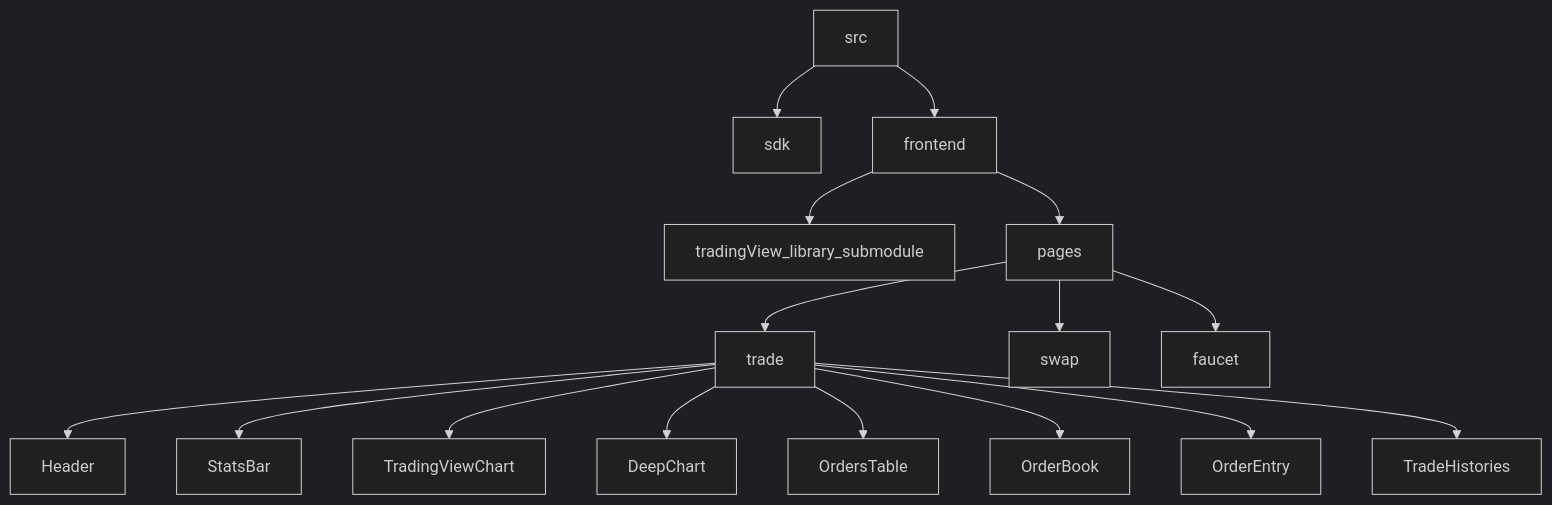
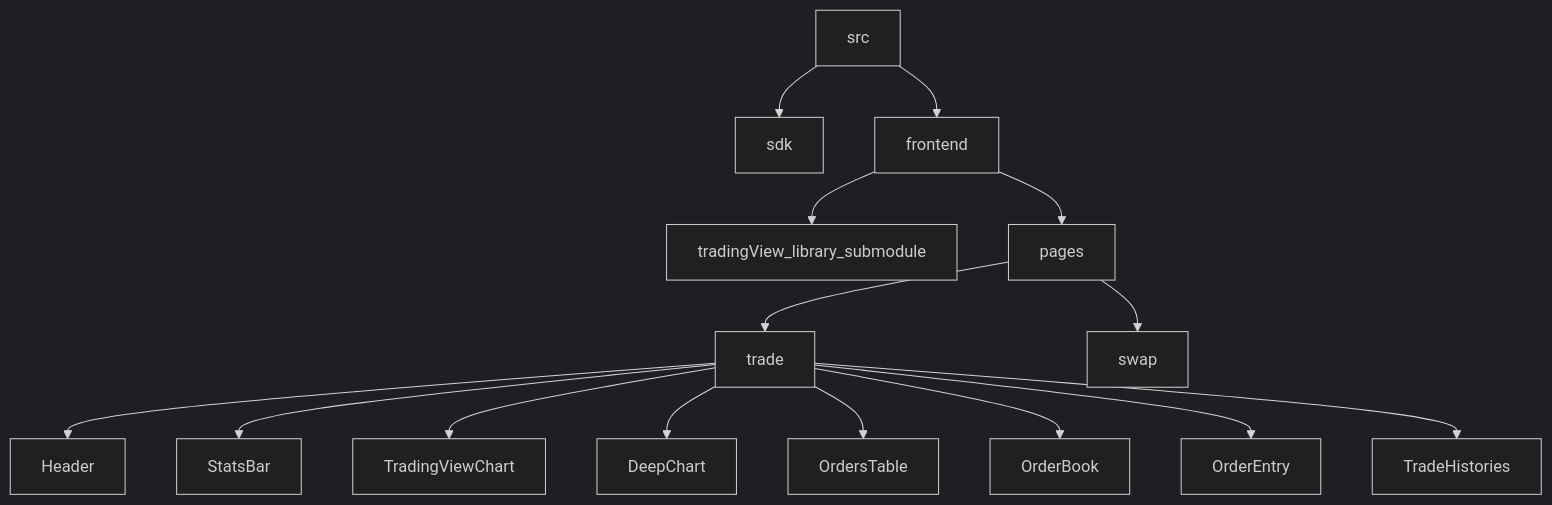
Before and after one commit to goozeberry/econia-frontend: the diagram in README.md, drawn with Mermaid (dark theme). The commit also changed other lines of this file and 6 other files, not shown here.

````diff
--- a/README.md
+++ b/README.md
@@ -140,18 +139,17 @@
 ```mermaid
   graph TD;
       src-->sdk;
       src-->frontend;
       frontend-->tradingView_library_submodule;
       frontend-->pages;
       pages-->trade;
       pages-->swap;
-      pages-->faucet;
       trade-->Header;
       trade-->StatsBar;
       trade-->TradingViewChart;
       trade-->DeepChart;
       trade-->OrdersTable;
       trade-->OrderBook;
       trade-->OrderEntry;
       trade-->TradeHistories;
 ```
````
